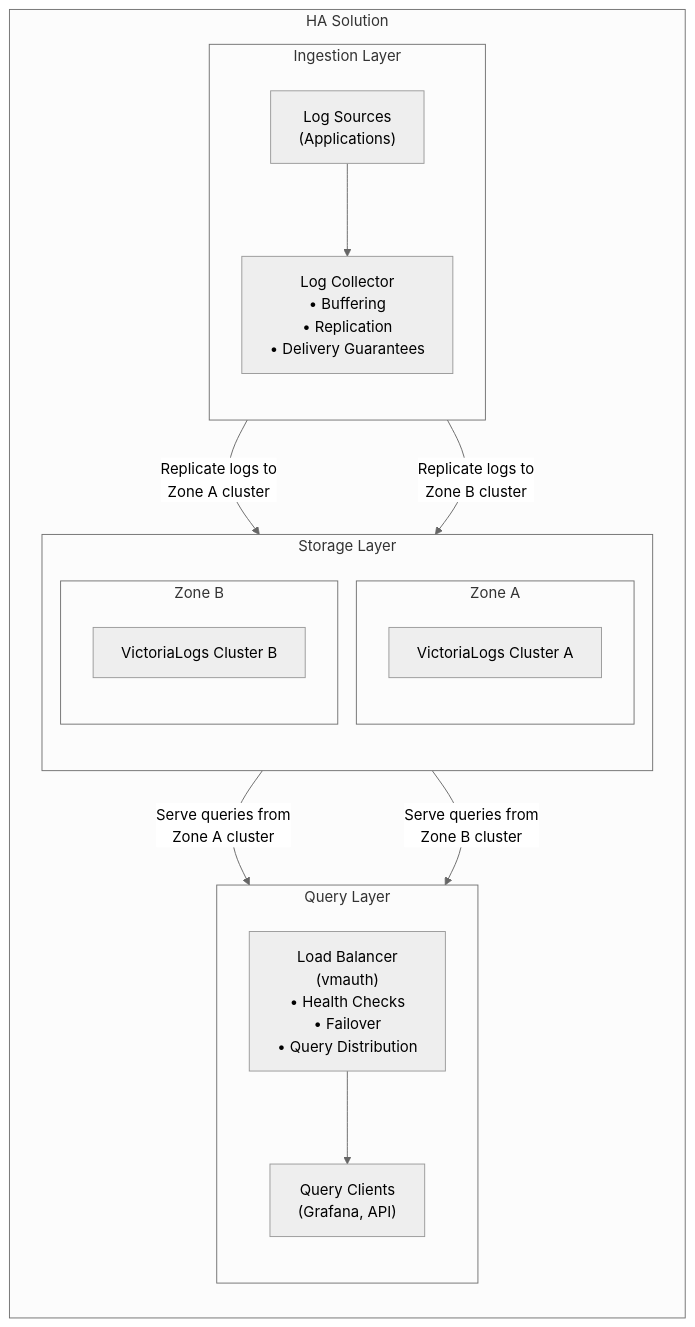
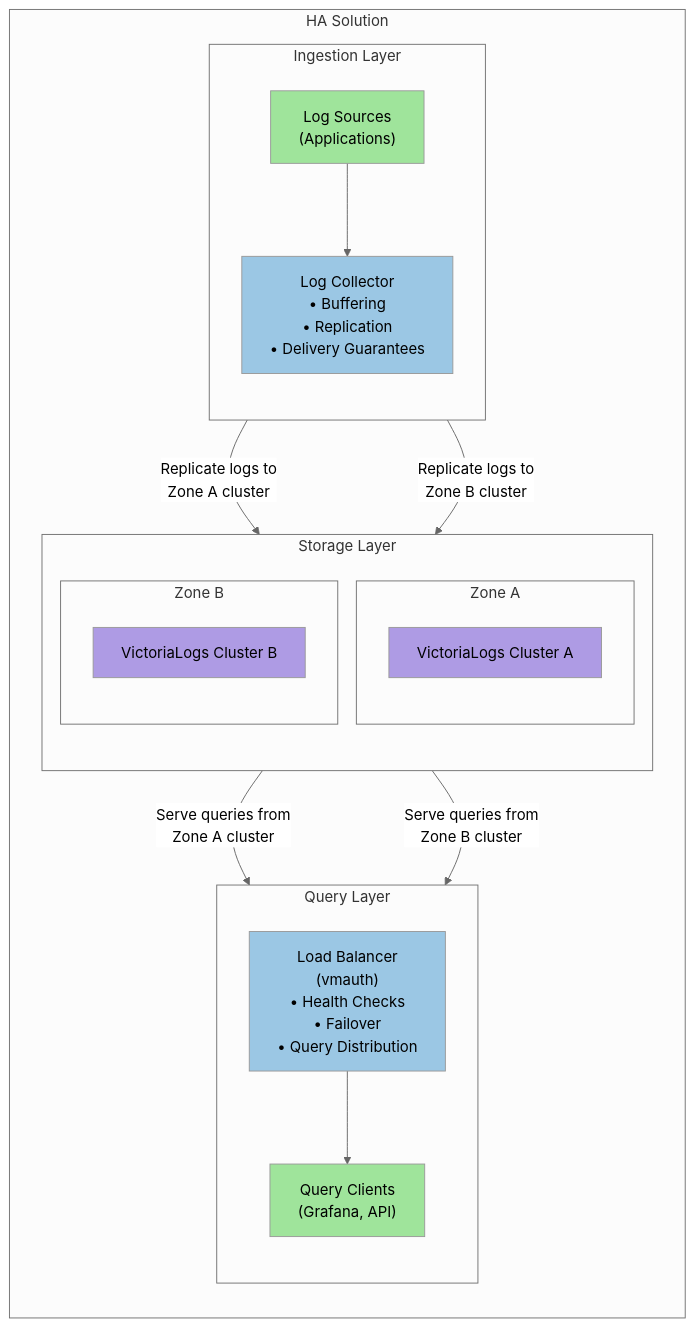
The third of 3 diagrams in docs/victorialogs/cluster.md (VictoriaMetrics/VictoriaLogs), drawn with Mermaid (neutral theme) before and after one commit.

Commit message:
better colors

````diff
--- a/docs/victorialogs/cluster.md
+++ b/docs/victorialogs/cluster.md
@@ -133,37 +133,44 @@
 ```mermaid
 flowchart TB
   subgraph haSolution["HA Solution"]
     direction TB
 
     subgraph ingestion["Ingestion Layer"]
       direction TB
       LS["Log Sources<br/>(Applications)"]
       VLAGENT["Log Collector<br/>• Buffering<br/>• Replication<br/>• Delivery Guarantees"]
       LS --> VLAGENT
     end
 
     subgraph storage["Storage Layer"]
       direction TB
 
       subgraph zoneA["Zone A"]
         VLA["VictoriaLogs Cluster A"]
       end
 
       subgraph zoneB["Zone B"]
         VLB["VictoriaLogs Cluster B"]
       end
 
       VLAGENT -->|"Replicate logs to<br/>Zone A cluster"| VLA
       VLAGENT -->|"Replicate logs to<br/>Zone B cluster"| VLB
     end
 
     subgraph query["Query Layer"]
       direction TB
       LB["Load Balancer<br/>(vmauth)<br/>• Health Checks<br/>• Failover<br/>• Query Distribution"]
       QC["Query Clients<br/>(Grafana, API)"]
       VLA -->|"Serve queries from<br/>Zone A cluster"| LB
       VLB -->|"Serve queries from<br/>Zone B cluster"| LB
       LB --> QC
     end
   end
+
+style VLAGENT fill:#9bc7e4
+style VLA fill:#ae9be4
+style VLB fill:#ae9be4
+style LB fill:#9bc7e4
+style QC fill:#9fe49b
+style LS fill:#9fe49b
 ```
````
